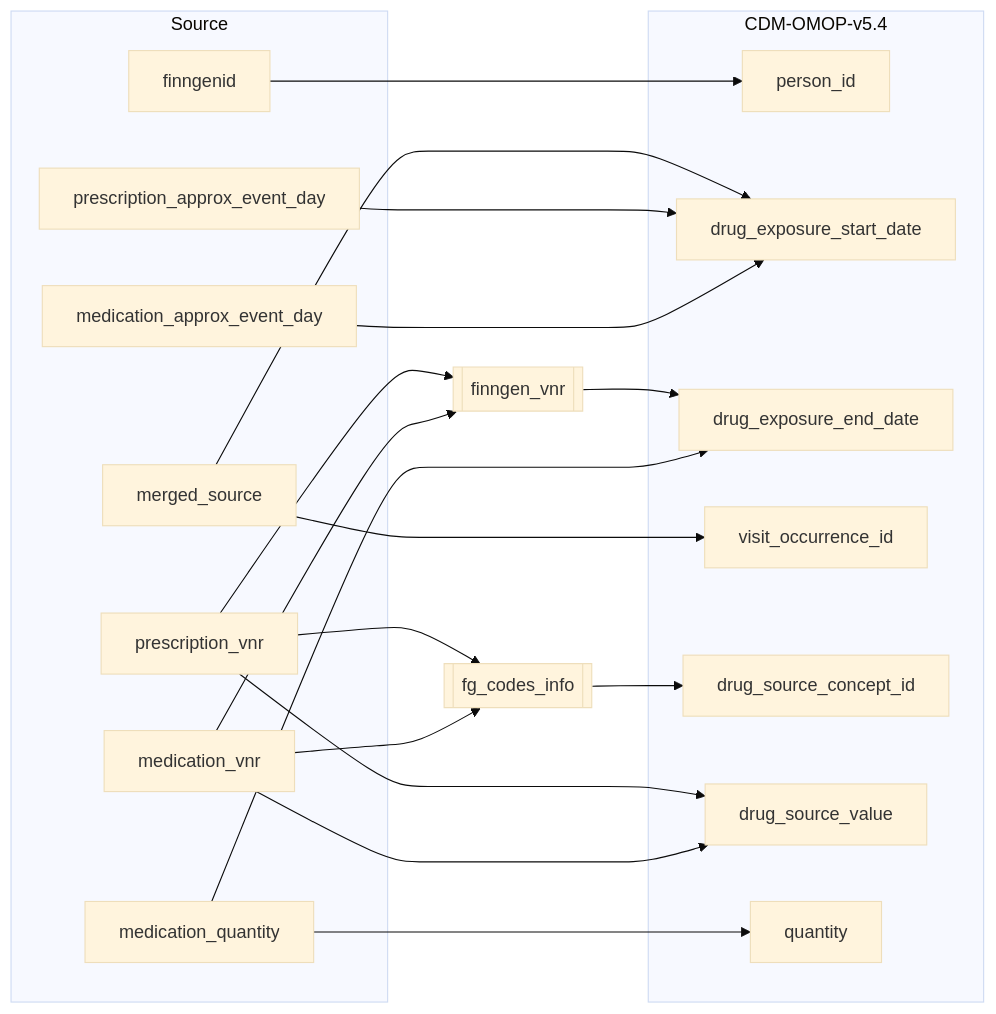
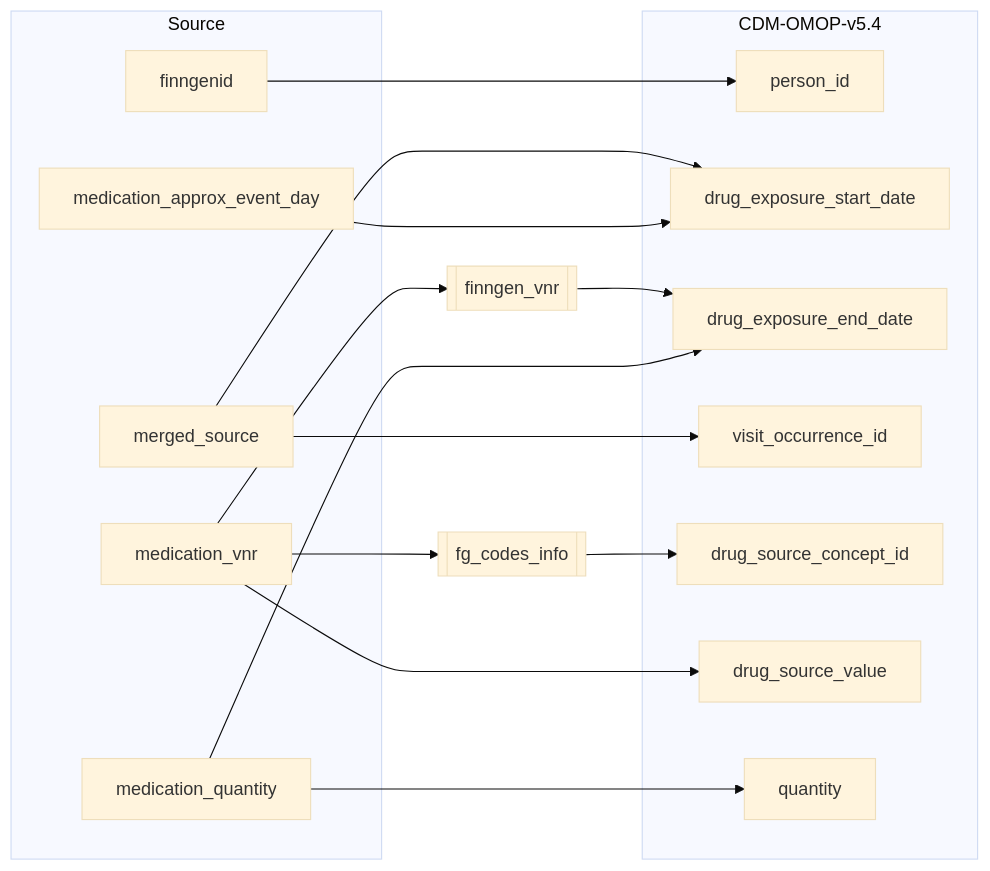
One commit to FINNGEN/ETL changed the diagram in 2_etl_specifications/documentation/drug_events_to_drug_exposure.md. Above: the diagram before and after it, drawn with Mermaid. The commit also changed other lines of this file and 1 other file, not shown here.

Commit message:
Changed Drug Events documenation to reflect that prescription is not used

````diff
--- a/2_etl_specifications/documentation/drug_events_to_drug_exposure.md
+++ b/2_etl_specifications/documentation/drug_events_to_drug_exposure.md
@@ -10,49 +10,43 @@
 ```mermaid
 %%{init: {'theme': 'base' } }%%
 %%{init: {'theme': 'base' } }%%
 flowchart LR
     subgraph Source
         finngenid
-        prescription_approx_event_day
-        prescription_vnr
         medication_approx_event_day
         medication_vnr
         merged_source
         medication_quantity
     end
 
     fg_codes_info[[fg_codes_info]]
     finngen_vnr[[finngen_vnr]]
 
     subgraph CDM-OMOP-v5.4
         person_id
         drug_exposure_start_date
         drug_exposure_end_date
         visit_occurrence_id
         drug_source_concept_id
         drug_source_value
         quantity
     end
 
     finngenid-->person_id
     merged_source-->drug_exposure_start_date
-    prescription_approx_event_day-->drug_exposure_start_date
     medication_approx_event_day-->drug_exposure_start_date
 
-    prescription_vnr-->finngen_vnr
     medication_vnr-->finngen_vnr
     finngen_vnr-->drug_exposure_end_date
     medication_quantity-->drug_exposure_end_date
 
     medication_quantity-->quantity
         
-    prescription_vnr-->fg_codes_info
     medication_vnr-->fg_codes_info
     fg_codes_info-->drug_source_concept_id
-    
-    prescription_vnr-->drug_source_value
+
     medication_vnr-->drug_source_value
 
     merged_source-->visit_occurrence_id
 
 ```
````
